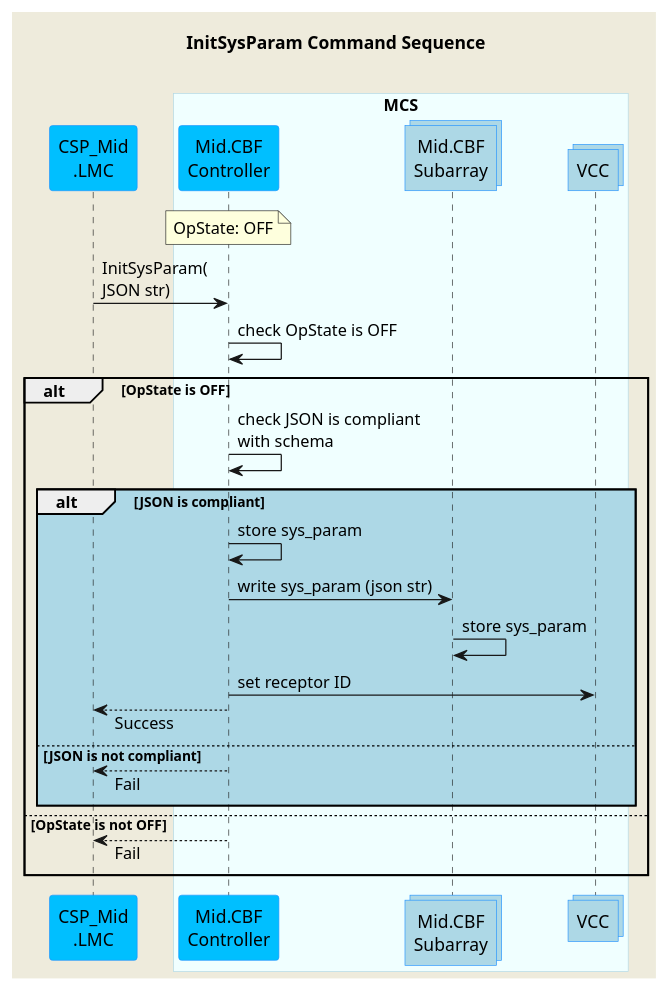
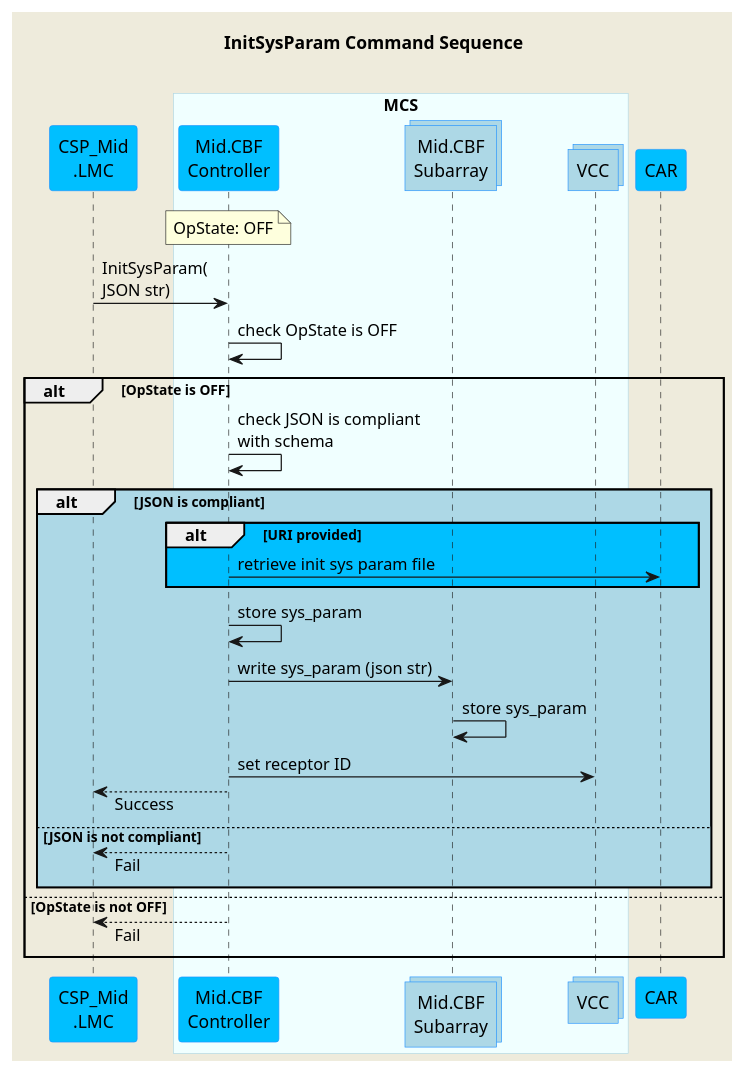
The diagram in docs/src/diagrams/initsysparam-command.puml (ska-telescope/mid-cbf-mcs), drawn with PlantUML before and after one commit.

Commit message:
CIP-1915 - updating init sys param command sequence diagram in documentation

```diff
--- a/docs/src/diagrams/initsysparam-command.puml
+++ b/docs/src/diagrams/initsysparam-command.puml
@@ -1,48 +1,48 @@
 @startuml
 'https://plantuml.com/sequence-diagram
 skinparam backgroundColor #EEEBDC
 skinparam sequence {
 ParticipantBorderColor DodgerBlue
 ParticipantBackgroundColor DeepSkyBlue
 ActorBorderColor DarkGreen
 ActorBackgroundColor Green
 BoxBorderColor LightBlue
 BoxBackgroundColor #F0FFFF
 }
 skinparam collections {
   BackGroundColor LightBlue
   BorderColor DodgerBlue
 }
 skinparam responseMessageBelowArrow true
-
 title InitSysParam Command Sequence\n
-
 participant "CSP_Mid\n.LMC" as lmc
-
 box "MCS"
 participant "Mid.CBF\nController" as control
 collections "Mid.CBF\nSubarray" as subarray
 collections "VCC" as vcc
 end box
-
+participant "CAR" as car
 note over control                 : OpState: OFF
 lmc          -> control           : InitSysParam(\nJSON str)
 control      -> control           : check OpState is OFF
 
 alt OpState is OFF
 control      -> control           : check JSON is compliant \nwith schema
 
 alt #LightBlue JSON is compliant
+alt #DeepSkyBlue URI provided
+control      -> car               : retrieve init sys param file
+end
 control      -> control           : store sys_param
 control      -> subarray          : write sys_param (json str)
 subarray     -> subarray          : store sys_param
 control      -> vcc               : set receptor ID
 lmc         <-- control           : Success
 else JSON is not compliant
 lmc         <-- control           : Fail
 end
 
 else OpState is not OFF
 lmc         <-- control           : Fail
 end
 @enduml
```
